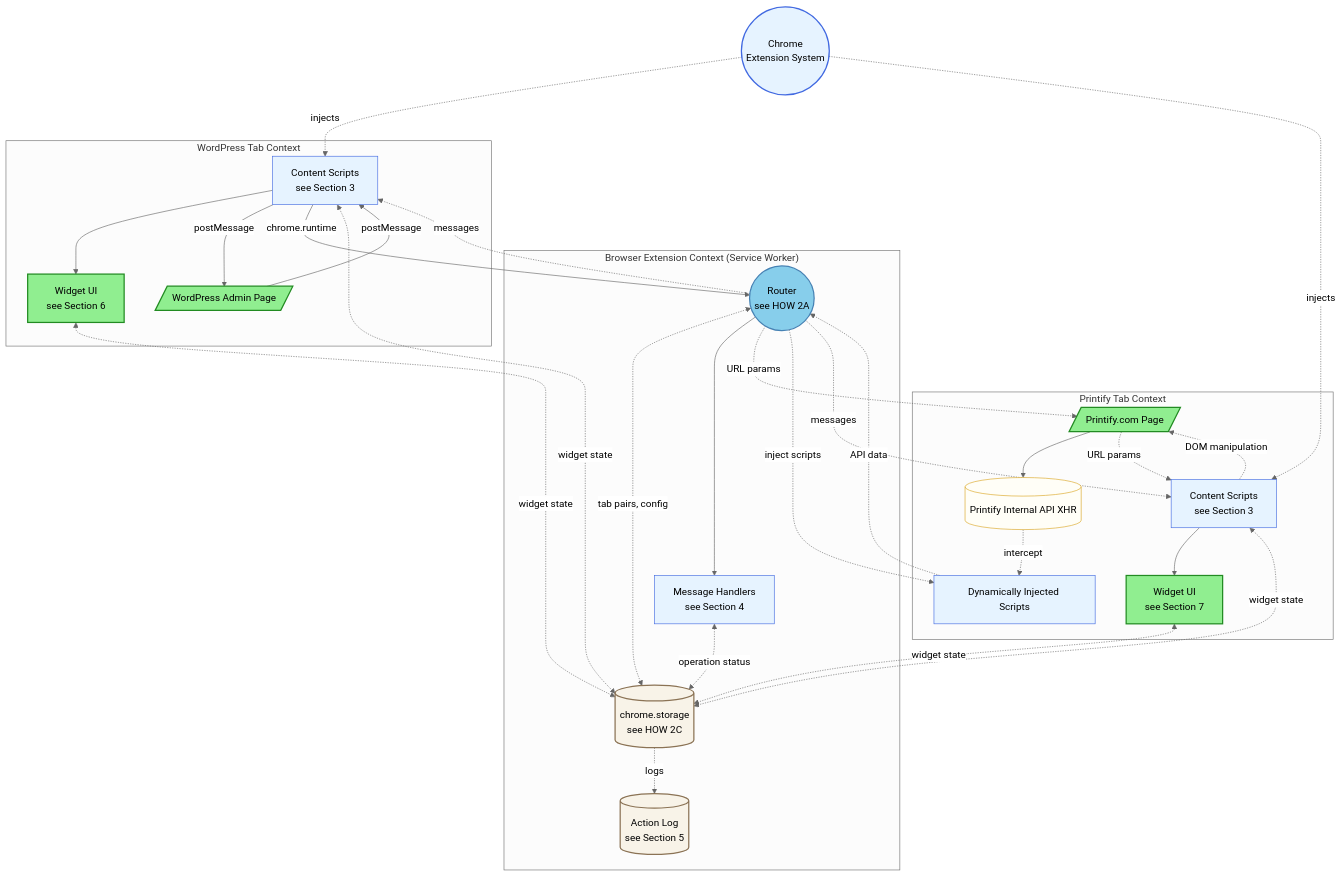
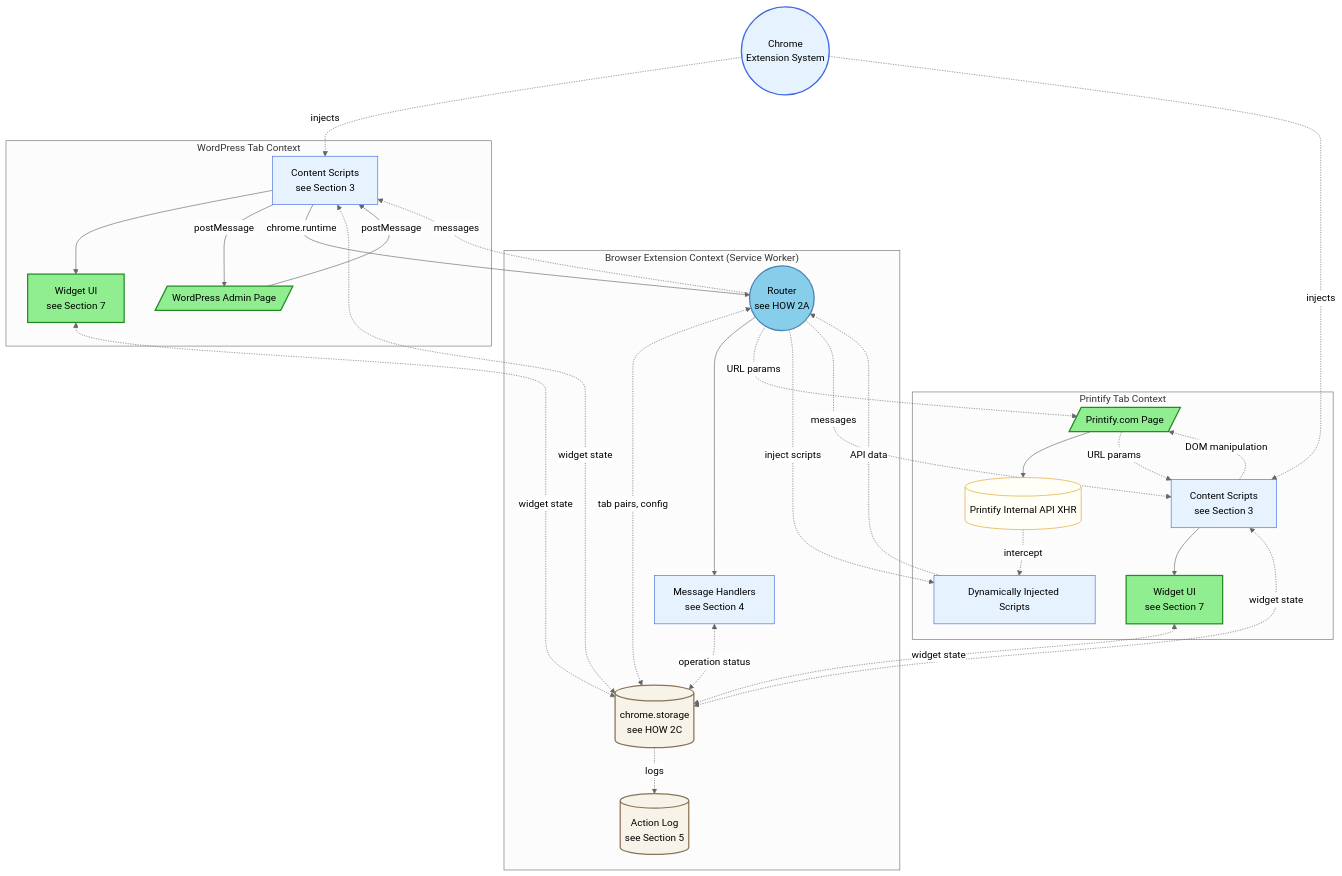
The first of 5 diagrams in guidelines/sip-printify-manager-extension-guidelines-v2.md (tdemelle-SiP/.claude), drawn with Mermaid (neutral theme) before and after one commit. The commit also changed other lines of this file and 2 other files, not shown here.

````diff
--- a/guidelines/sip-printify-manager-extension-guidelines-v2.md
+++ b/guidelines/sip-printify-manager-extension-guidelines-v2.md
@@ -40,63 +40,63 @@
 ```mermaid
 graph TD
   Chrome((Chrome<br/>Extension System))
   
   subgraph "Browser Extension Context (Service Worker)"
     Router((Router<br/>see HOW 2A))
     Router <-. tab pairs, config .-> Storage[(chrome.storage<br/>see HOW 2C)]
     Handlers <-. operation status .-> Storage
     Router --> Handlers[Message Handlers<br/>see Section 4]
     Storage -. logs .-> Logger[(Action Log<br/>see Section 5)]
   end
 
   subgraph "WordPress Tab Context"
     WPPage[/WordPress Admin Page/]
     WPCS[Content Scripts<br/>see Section 3]
-    WPCS --> WUI1[Widget UI<br/>see Section 6]
+    WPCS --> WUI1[Widget UI<br/>see Section 7]
     WPCS -->|postMessage| WPPage
     WPPage -->|postMessage| WPCS
     WPCS -->|chrome.runtime| Router
     WPCS <-. widget state .-> Storage
     WUI1 <-. widget state .-> Storage
   end
 
   subgraph "Printify Tab Context"
     PrintifyPage[/Printify.com Page/]
     PCS[Content Scripts<br/>see Section 3]
     PCS --> WUI2[Widget UI<br/>see Section 7]
     DIS[Dynamically Injected Scripts]
     InternalAPI[(Printify Internal API XHR)]
     PrintifyPage --> InternalAPI
     InternalAPI -. intercept .-> DIS
     PrintifyPage -. URL params .-> PCS
     PCS -. DOM manipulation .-> PrintifyPage
     PCS <-. widget state .-> Storage
     WUI2 <-. widget state .-> Storage
     DIS -. API data .-> Router
     Router -. URL params .-> PrintifyPage
     Router -. inject scripts .-> DIS
     Router -.->|messages| PCS
     Router -.->|messages| WPCS
   end
   
   Chrome -.->|injects| WPCS
   Chrome -.->|injects| PCS
   
   %% Style definitions
   classDef userFacingStyle fill:#90EE90,stroke:#228B22,stroke-width:2px
   classDef routerStyle fill:#87CEEB,stroke:#4682B4,stroke-width:2px
   classDef scriptStyle fill:#E6F3FF,stroke:#4169E1,stroke-width:1px
   classDef storageStyle fill:#F8F3E8,stroke:#8B7355,stroke-width:2px
   classDef externalStyle fill:#FFFEF7,stroke:#DAA520,stroke-width:1px
   classDef groupStyle fill:#F3E8F8,stroke:#8B7AB8,stroke-width:2px
   classDef chromeStyle fill:#E6F3FF,stroke:#4169E1,stroke-width:2px
   
   %% Apply styles to nodes
   class WPPage,PrintifyPage,WUI1,WUI2 userFacingStyle
   class Router routerStyle
   class WPCS,PCS,DIS scriptStyle
   class Storage,Logger storageStyle
   class InternalAPI externalStyle
   class Handlers scriptStyle
   class Chrome chromeStyle
 ```
````
